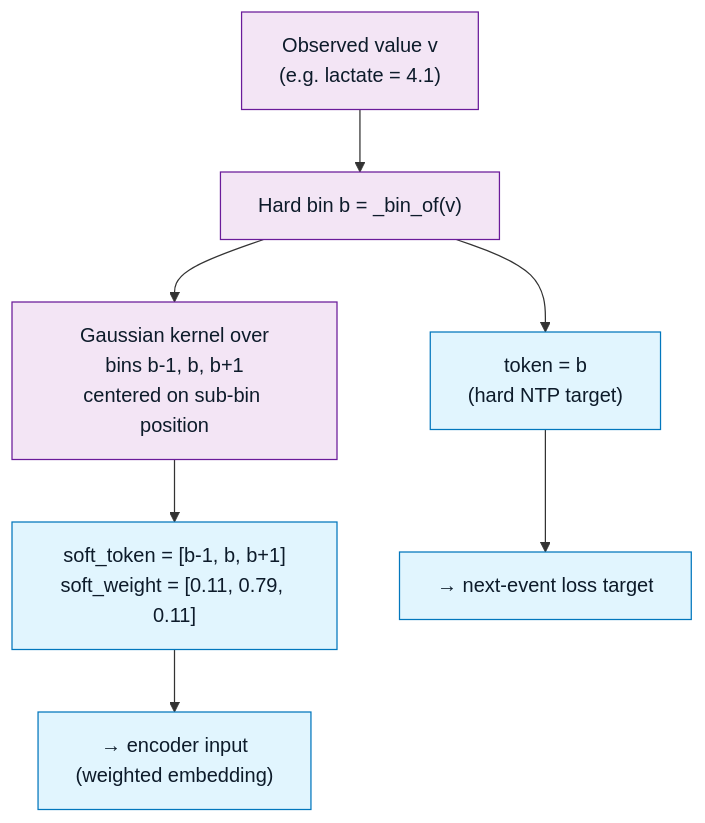
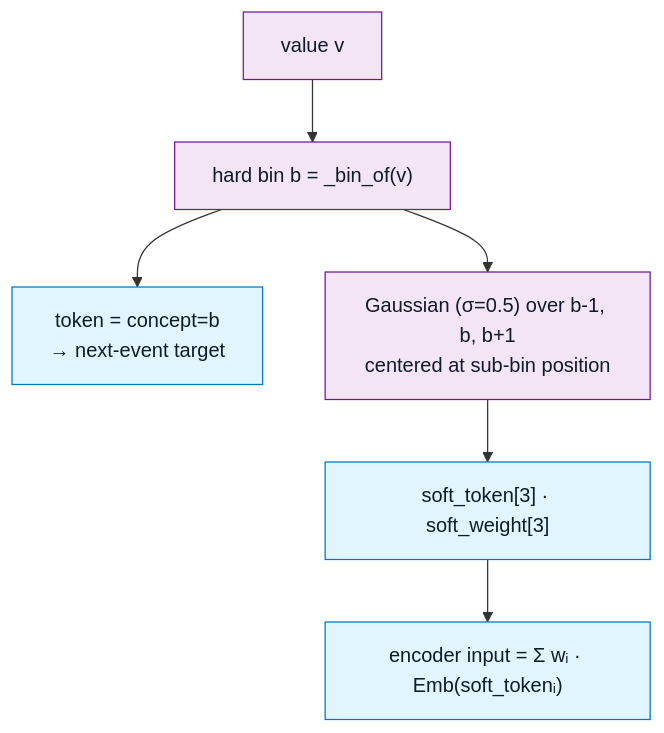
One commit to sajor2000/clifatron2.0 changed the third of 4 diagrams in website/docs/data-tokenization.md. Above: the diagram before and after it, drawn with Mermaid. The commit also changed other lines of this file and 37 other files, not shown here.

````diff
--- a/website/docs/data-tokenization.md
+++ b/website/docs/data-tokenization.md
@@ -91,15 +334,13 @@
 ```mermaid
 flowchart TB
-    VAL["Observed value v<br/>(e.g. lactate = 4.1)"] --> HARD["Hard bin b = _bin_of(v)"]
-    HARD --> KERN["Gaussian kernel over<br/>bins b-1, b, b+1<br/>centered on sub-bin position"]
-    KERN --> W["soft_token = [b-1, b, b+1]<br/>soft_weight = [0.11, 0.79, 0.11]"]
-    HARD --> TGT["token = b<br/>(hard NTP target)"]
-
-    W --> ENC["→ encoder input<br/>(weighted embedding)"]
-    TGT --> LOSS["→ next-event loss target"]
+    VAL["value v"] --> HARD["hard bin b = _bin_of(v)"]
+    HARD --> TGT["token = concept=b<br/>→ next-event target"]
+    HARD --> KERN["Gaussian (σ=0.5) over b-1, b, b+1<br/>centered at sub-bin position"]
+    KERN --> W["soft_token[3] · soft_weight[3]"]
+    W --> ENC["encoder input = Σ wᵢ · Emb(soft_tokenᵢ)"]
 
     classDef v fill:#f3e5f5,stroke:#6a1b9a,color:#0d1b2a;
     classDef o fill:#e1f5fe,stroke:#0277bd,color:#0d1b2a;
     class VAL,HARD,KERN v;
-    class W,TGT,ENC,LOSS o;
+    class W,TGT,ENC o;
 ```
````
